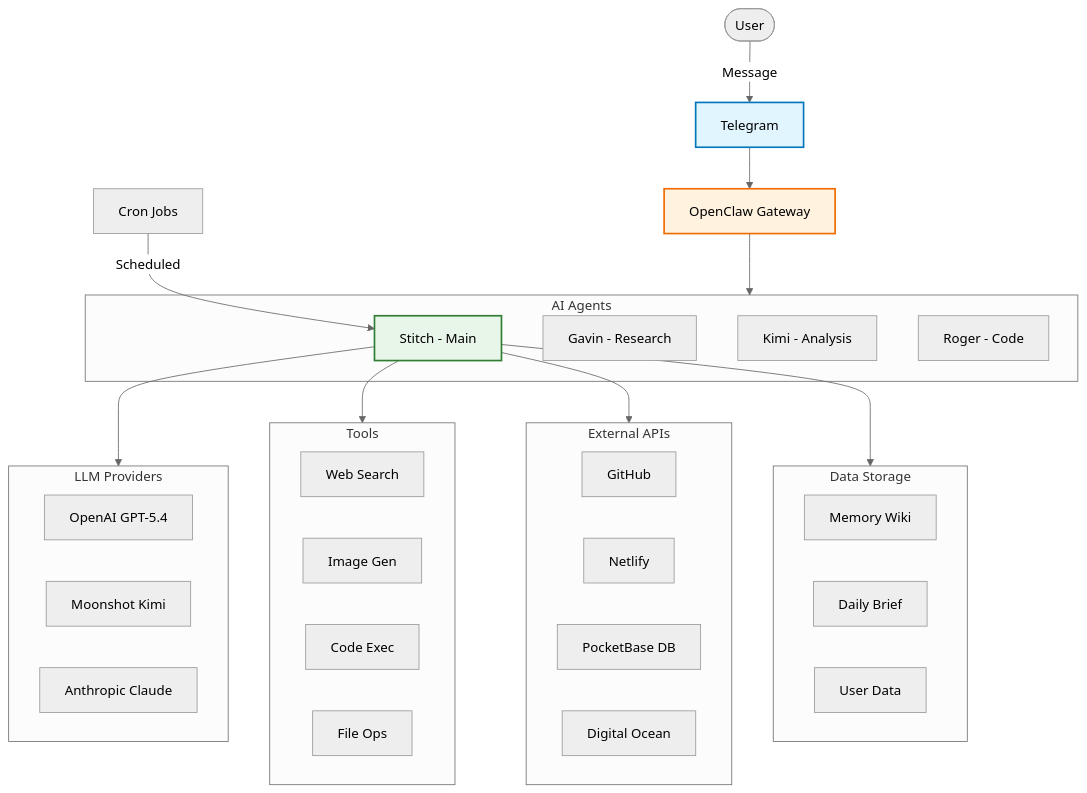
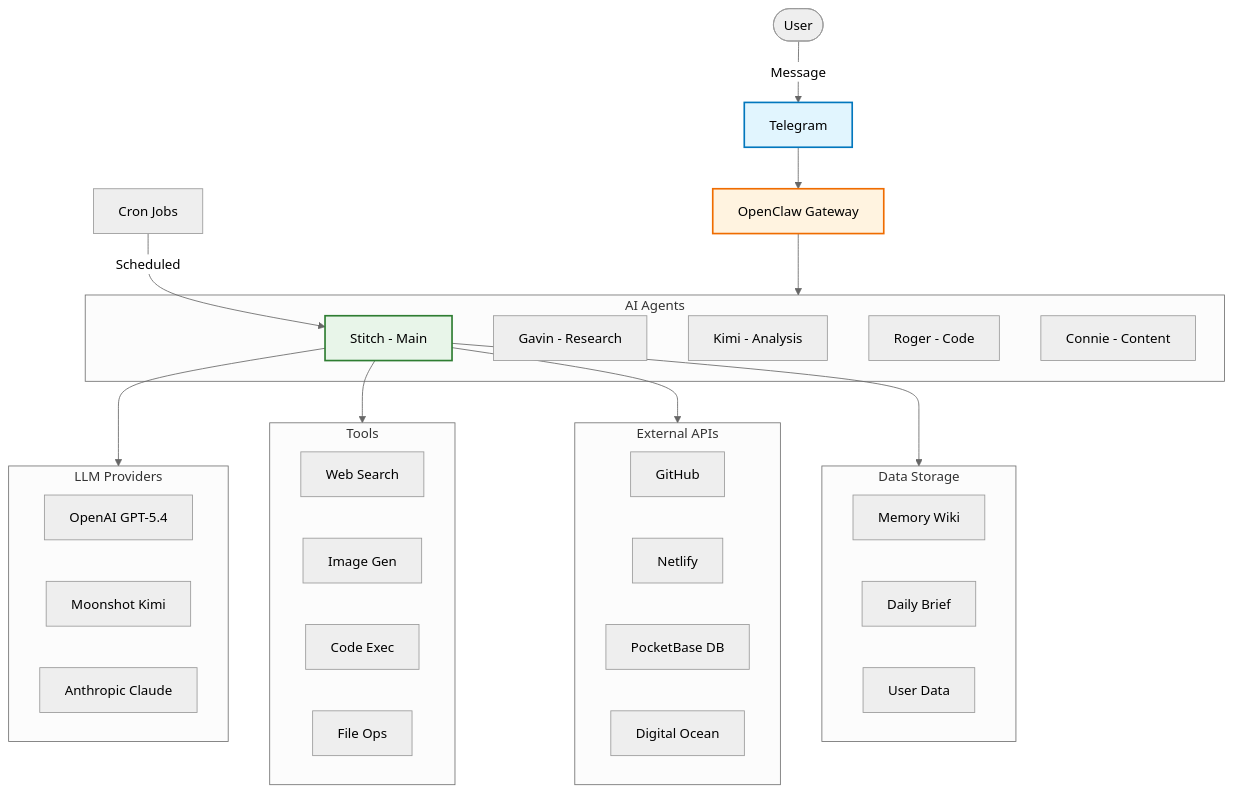
Before and after one commit to stitchbradyomf-lab/kaihamil: the diagram in diagrams/openclaw-architecture-simple.mmd, drawn with Mermaid (neutral theme). The commit also changed 2 other files, not shown here.

Commit message:
Add Connie to AI Agents in architecture diagram

```diff
--- a/diagrams/openclaw-architecture-simple.mmd
+++ b/diagrams/openclaw-architecture-simple.mmd
@@ -1,47 +1,48 @@
 flowchart TB
     User([User]) -->|Message| Telegram[Telegram]
     Telegram --> Gateway[OpenClaw Gateway]
     
     Gateway --> Agents
     subgraph Agents["AI Agents"]
         Stitch[Stitch - Main]
         Gavin[Gavin - Research]
         Kimi[Kimi - Analysis]
         Roger[Roger - Code]
+        Connie[Connie - Content]
     end
     
     Stitch --> LLMs
     subgraph LLMs["LLM Providers"]
         OpenAI[OpenAI GPT-5.4]
         Moonshot[Moonshot Kimi]
         Anthropic[Anthropic Claude]
     end
     
     Stitch --> Tools
     subgraph Tools["Tools"]
         Search[Web Search]
         Images[Image Gen]
         Code[Code Exec]
         Files[File Ops]
     end
     
     Stitch --> External
     subgraph External["External APIs"]
         GitHub[GitHub]
         Netlify[Netlify]
         PocketBase[PocketBase DB]
         DO[Digital Ocean]
     end
     
     Stitch --> Data
     subgraph Data["Data Storage"]
         Memory[Memory Wiki]
         Brief[Daily Brief]
         UserData[User Data]
     end
     
     Cron[Cron Jobs] -->|Scheduled| Stitch
     
     style Stitch fill:#e8f5e9,stroke:#2e7d32,stroke-width:2px
     style Gateway fill:#fff3e0,stroke:#ef6c00,stroke-width:2px
     style Telegram fill:#e1f5fe,stroke:#0277bd,stroke-width:2px
```
